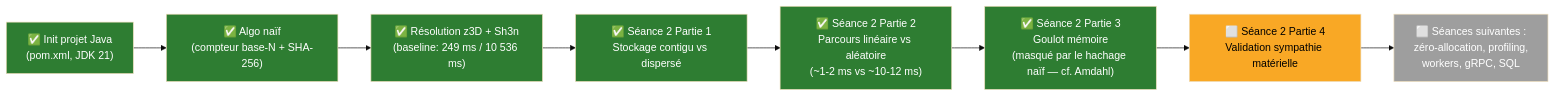
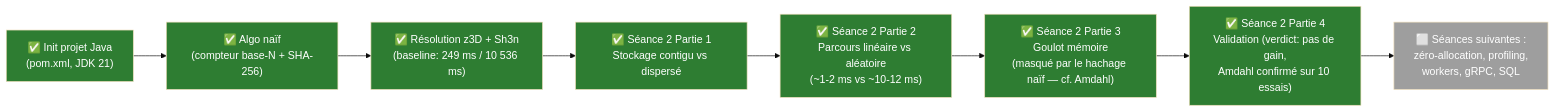
One commit to YoussefGoat123/FILROUGE changed diagram 15 of 15 in shemas/schemas.md. Above: the diagram before and after it, drawn with Mermaid (base theme). The commit also changed other lines of this file and 5 other files, not shown here.

````diff
--- a/shemas/schemas.md
+++ b/shemas/schemas.md
@@ -310,19 +337,19 @@
 ```mermaid
 flowchart LR
     A["✅ Init projet Java\n(pom.xml, JDK 21)"] --> B["✅ Algo naïf\n(compteur base-N + SHA-256)"]
     B --> C["✅ Résolution z3D + Sh3n\n(baseline: 249 ms / 10 536 ms)"]
     C --> D["✅ Séance 2 Partie 1\nStockage contigu vs dispersé"]
     D --> E["✅ Séance 2 Partie 2\nParcours linéaire vs aléatoire\n(~1-2 ms vs ~10-12 ms)"]
     E --> F["✅ Séance 2 Partie 3\nGoulot mémoire\n(masqué par le hachage naïf — cf. Amdahl)"]
-    F --> G["⬜ Séance 2 Partie 4\nValidation sympathie matérielle"]
+    F --> G["✅ Séance 2 Partie 4\nValidation (verdict: pas de gain,\nAmdahl confirmé sur 10 essais)"]
     G --> H["⬜ Séances suivantes :\nzéro-allocation, profiling,\nworkers, gRPC, SQL"]
 
     style A fill:#2e7d32,color:#fff
     style B fill:#2e7d32,color:#fff
     style C fill:#2e7d32,color:#fff
     style D fill:#2e7d32,color:#fff
     style E fill:#2e7d32,color:#fff
     style F fill:#2e7d32,color:#fff
-    style G fill:#f9a825,color:#000
+    style G fill:#2e7d32,color:#fff
     style H fill:#9e9e9e,color:#fff
 ```
````
